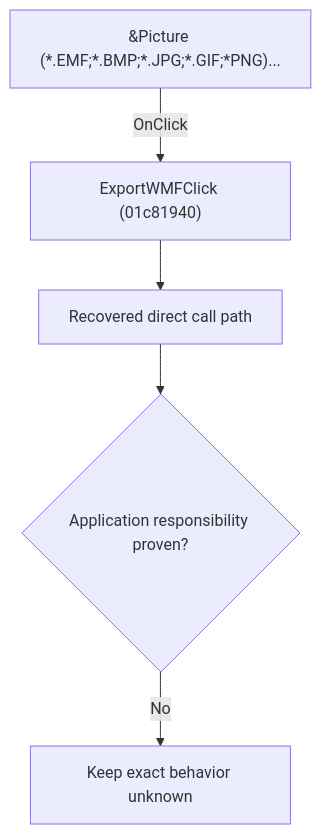
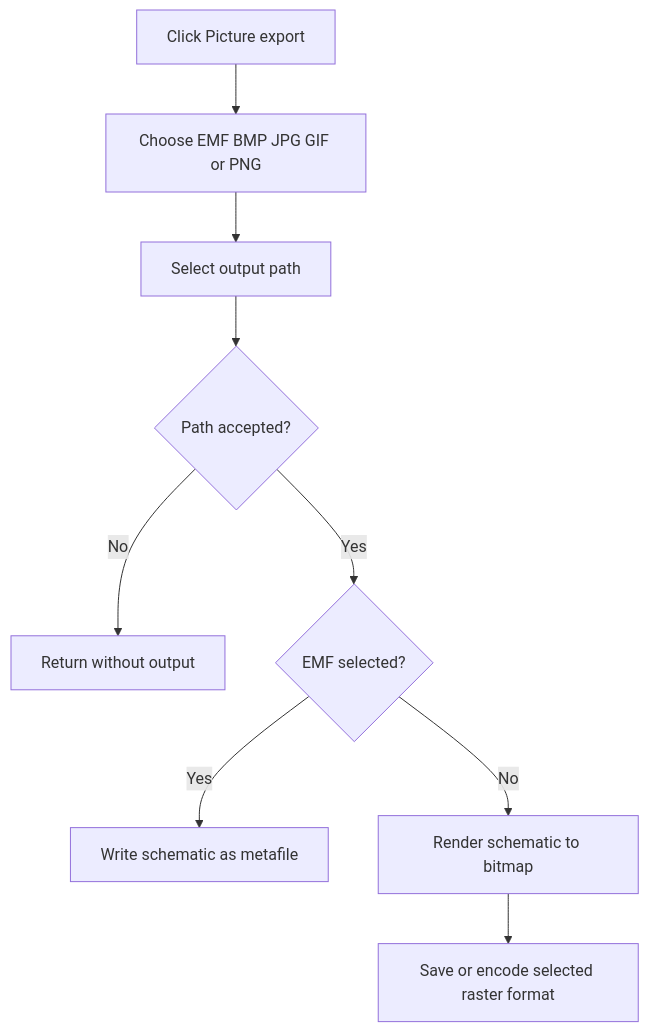
Before and after one commit to MovGP0/TIARA: the diagram in docs/ui-controls/schematiceditor/exportwmf-5719581c2f.md, drawn with Mermaid. The commit also changed other lines of this file and 241 other files, not shown here.

````diff
--- a/docs/ui-controls/schematiceditor/exportwmf-5719581c2f.md
+++ b/docs/ui-controls/schematiceditor/exportwmf-5719581c2f.md
@@ -27,7 +27,11 @@
 ```mermaid
 flowchart TD
-    control["&Picture (*.EMF;*.BMP;*.JPG;*.GIF;*PNG)..."] -->|"OnClick"| handler["ExportWMFClick (01c81940)"]
-    handler --> recovered["Recovered direct call path"]
-    recovered --> gap{"Application responsibility proven?"}
-    gap -->|"No"| blocked["Keep exact behavior unknown"]
+    control["Click Picture export"] --> format["Choose EMF BMP JPG GIF or PNG"]
+    format --> save["Select output path"]
+    save --> accepted{"Path accepted?"}
+    accepted -->|"No"| stop["Return without output"]
+    accepted -->|"Yes"| kind{"EMF selected?"}
+    kind -->|"Yes"| emf["Write schematic as metafile"]
+    kind -->|"No"| bitmap["Render schematic to bitmap"]
+    bitmap --> encode["Save or encode selected raster format"]
 ```
````
